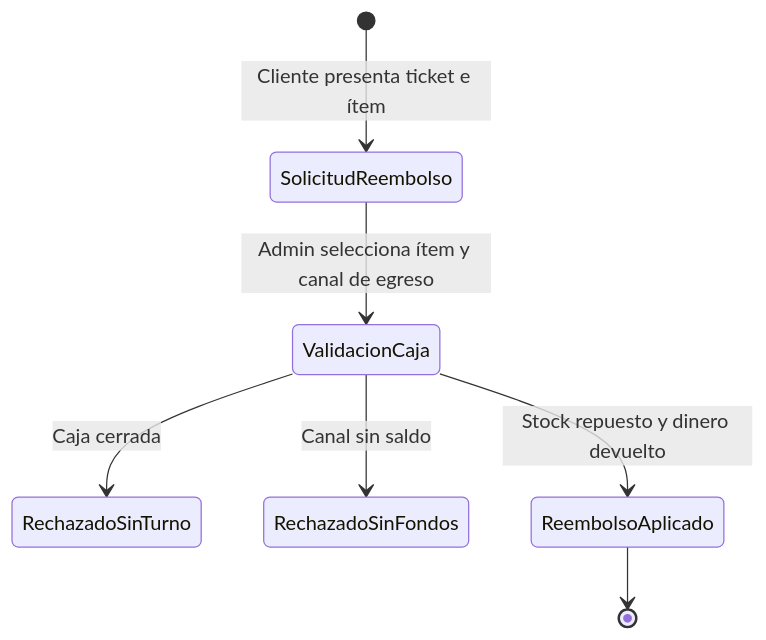
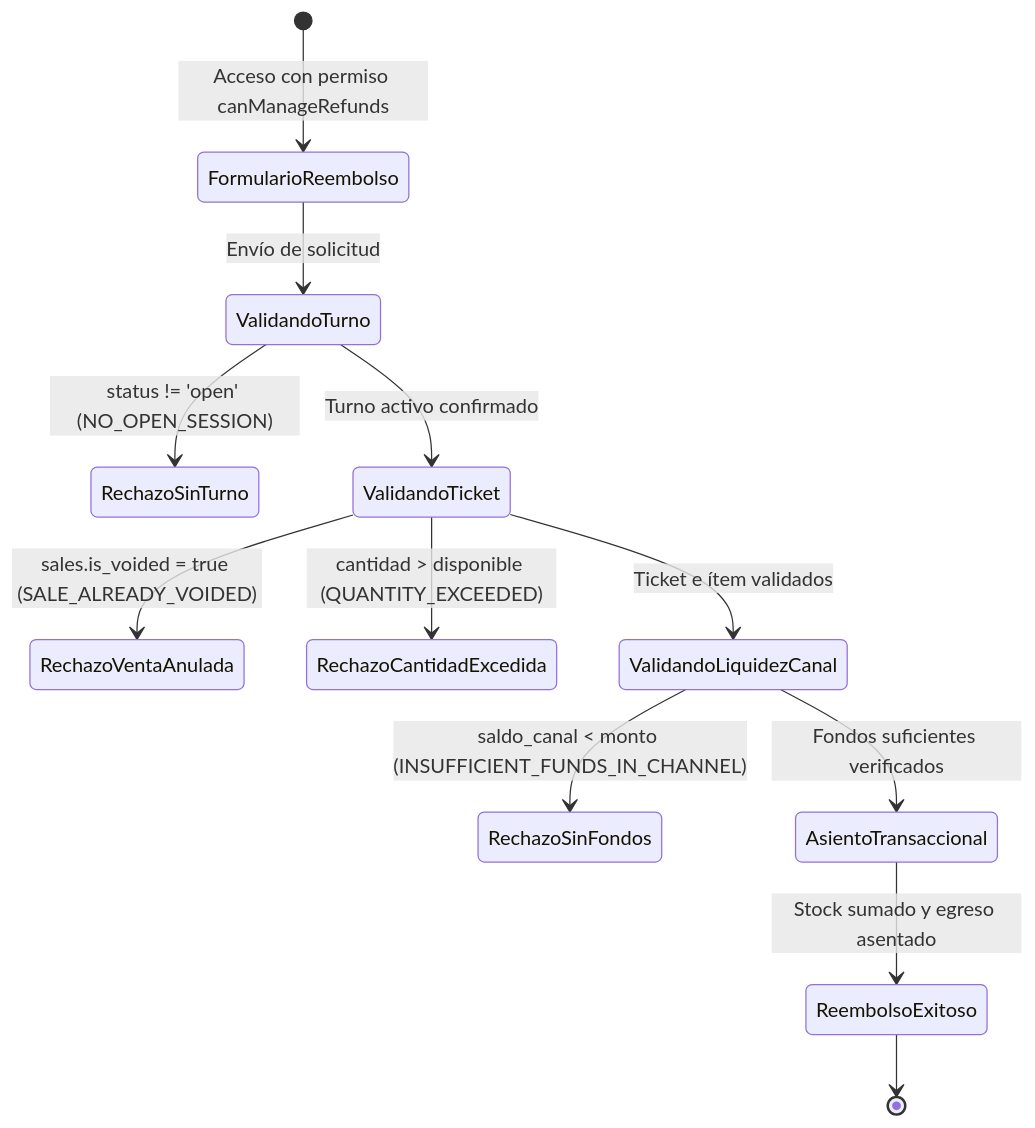
One commit to YamirJCF/tienda-barrio-pro changed the second of 2 diagrams in documentation/01_requirements/SDD/SDD_006_02_GESTOR_REEMBOLSOS.md. Above: the diagram before and after it, drawn with Mermaid. The commit also changed other lines of this file, not shown here.

Commit message:
docs(sdd): rectificar y sanitizar SDD-006-02 bajo protocolo PAC-SDD estricto con certificacion QA

````diff
--- a/documentation/01_requirements/SDD/SDD_006_02_GESTOR_REEMBOLSOS.md
+++ b/documentation/01_requirements/SDD/SDD_006_02_GESTOR_REEMBOLSOS.md
@@ -83,9 +214,14 @@
 ```mermaid
 stateDiagram-v2
-    [*] --> SolicitudReembolso : Cliente presenta ticket e ítem
-    SolicitudReembolso --> ValidacionCaja : Admin selecciona ítem y canal de egreso
-    ValidacionCaja --> RechazadoSinTurno : Caja cerrada
-    ValidacionCaja --> RechazadoSinFondos : Canal sin saldo
-    ValidacionCaja --> ReembolsoAplicado : Stock repuesto y dinero devuelto
-    ReembolsoAplicado --> [*]
+    [*] --> FormularioReembolso: Acceso con permiso canManageRefunds
+    FormularioReembolso --> ValidandoTurno: Envío de solicitud
+    ValidandoTurno --> RechazoSinTurno: status != 'open' (NO_OPEN_SESSION)
+    ValidandoTurno --> ValidandoTicket: Turno activo confirmado
+    ValidandoTicket --> RechazoVentaAnulada: sales.is_voided = true (SALE_ALREADY_VOIDED)
+    ValidandoTicket --> RechazoCantidadExcedida: cantidad > disponible (QUANTITY_EXCEEDED)
+    ValidandoTicket --> ValidandoLiquidezCanal: Ticket e ítem validados
+    ValidandoLiquidezCanal --> RechazoSinFondos: saldo_canal < monto (INSUFFICIENT_FUNDS_IN_CHANNEL)
+    ValidandoLiquidezCanal --> AsientoTransaccional: Fondos suficientes verificados
+    AsientoTransaccional --> ReembolsoExitoso: Stock sumado y egreso asentado
+    ReembolsoExitoso --> [*]
 ```
````
